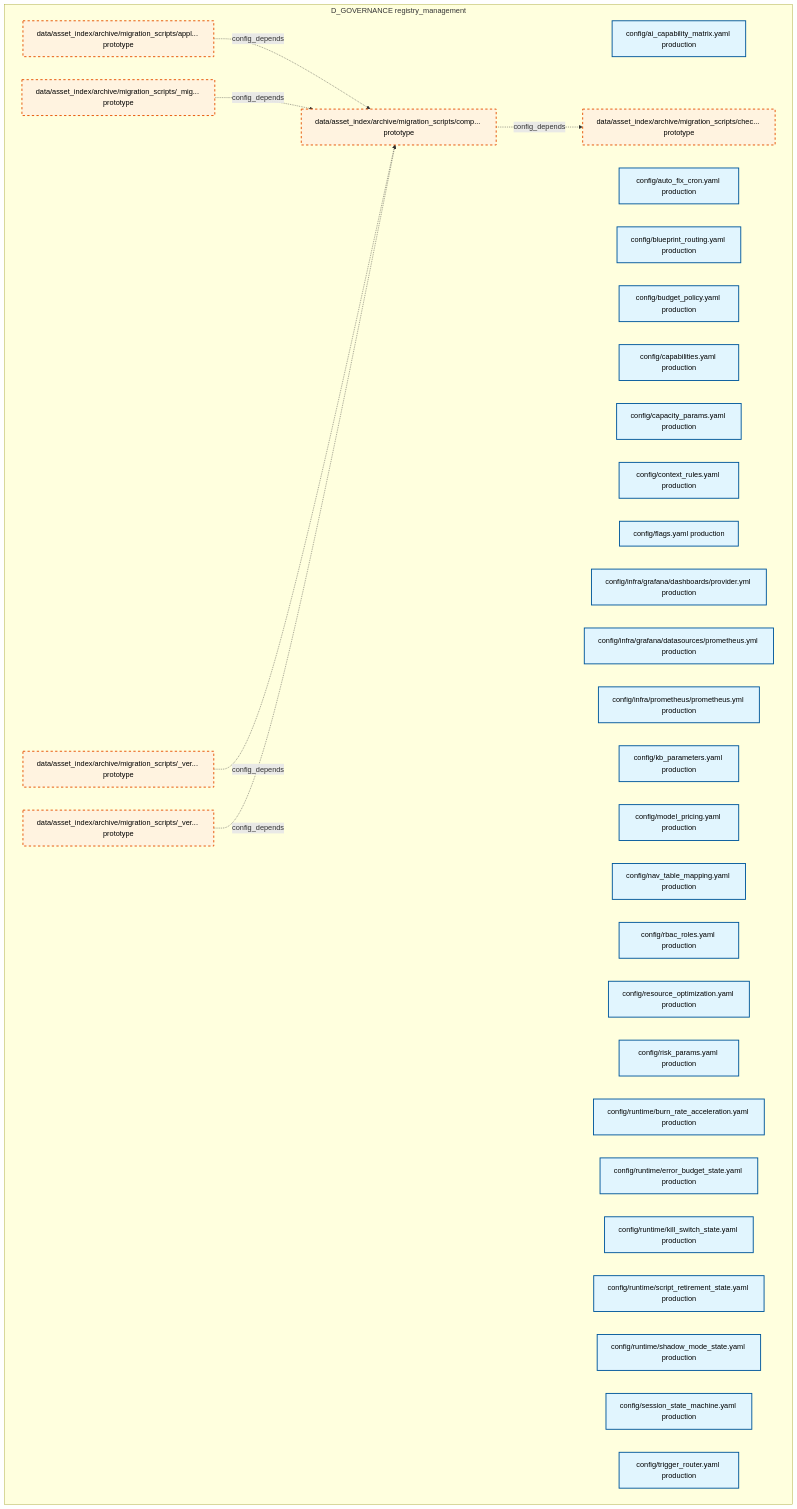
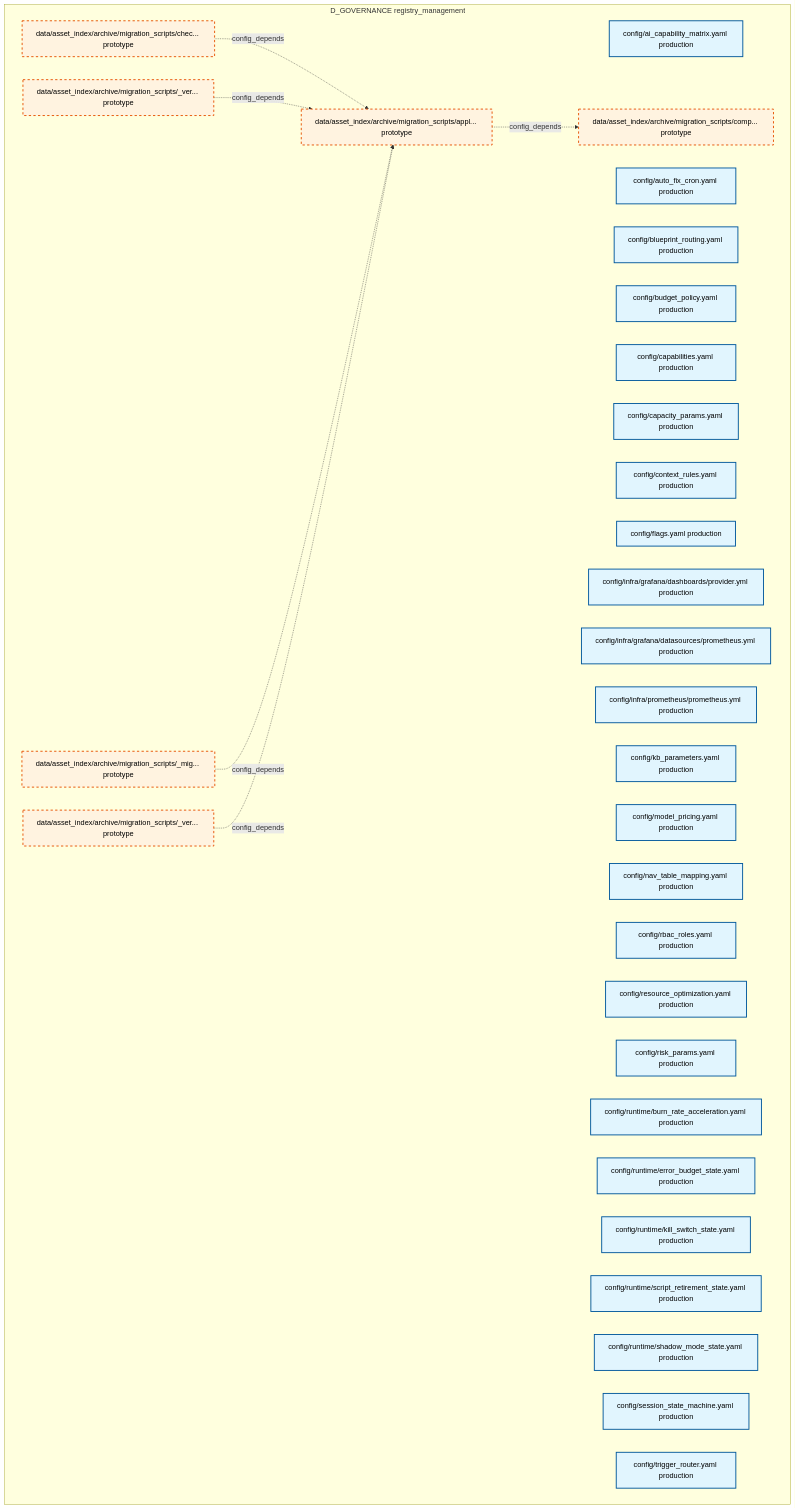
One commit to xuanFelixVan/ZephyrAlpha changed the first of 30 diagrams in docs/02_enterprise_architecture/02_domain_architecture_docs/32_d_governance.md. Above: the diagram before and after it, drawn with Mermaid. The commit also changed other lines of this file and 97 other files, not shown here.

````diff
--- a/docs/02_enterprise_architecture/02_domain_architecture_docs/32_d_governance.md
+++ b/docs/02_enterprise_architecture/02_domain_architecture_docs/32_d_governance.md
@@ -49,46 +49,46 @@
 ```mermaid
 graph TD
     subgraph D_GOVERNANCE["D_GOVERNANCE registry_management"]
         config_ai_capability_matrix_yaml["config/ai_capability_matrix.yaml production"]
         config_auto_fix_cron_yaml["config/auto_fix_cron.yaml production"]
         config_blueprint_routing_yaml["config/blueprint_routing.yaml production"]
         config_budget_policy_yaml["config/budget_policy.yaml production"]
         config_capabilities_yaml["config/capabilities.yaml production"]
         config_capacity_params_yaml["config/capacity_params.yaml production"]
         config_context_rules_yaml["config/context_rules.yaml production"]
         config_flags_yaml["config/flags.yaml production"]
         config_infra_grafana_dashboards_provider_yml["config/infra/grafana/dashboards/provider.yml production"]
         config_infra_grafana_datasources_prometheus_yml["config/infra/grafana/datasources/prometheus.yml production"]
         config_infra_prometheus_prometheus_yml["config/infra/prometheus/prometheus.yml production"]
         config_kb_parameters_yaml["config/kb_parameters.yaml production"]
         config_model_pricing_yaml["config/model_pricing.yaml production"]
         config_nav_table_mapping_yaml["config/nav_table_mapping.yaml production"]
         config_rbac_roles_yaml["config/rbac_roles.yaml production"]
         config_resource_optimization_yaml["config/resource_optimization.yaml production"]
         config_risk_params_yaml["config/risk_params.yaml production"]
         config_runtime_burn_rate_acceleration_yaml["config/runtime/burn_rate_acceleration.yaml production"]
         config_runtime_error_budget_state_yaml["config/runtime/error_budget_state.yaml production"]
         config_runtime_kill_switch_state_yaml["config/runtime/kill_switch_state.yaml production"]
         config_runtime_script_retirement_state_yaml["config/runtime/script_retirement_state.yaml production"]
         config_runtime_shadow_mode_state_yaml["config/runtime/shadow_mode_state.yaml production"]
         config_session_state_machine_yaml["config/session_state_machine.yaml production"]
         config_trigger_router_yaml["config/trigger_router.yaml production"]
         data_asset_index_archive_migration_scripts_migration_shared_py["data/asset_index/archive/migration_scripts/_mig... prototype"]
         data_asset_index_archive_migration_scripts_verify_manifest_py["data/asset_index/archive/migration_scripts/_ver... prototype"]
         data_asset_index_archive_migration_scripts_verify_step4_py["data/asset_index/archive/migration_scripts/_ver... prototype"]
         data_asset_index_archive_migration_scripts_apply_rulings_py["data/asset_index/archive/migration_scripts/appl... prototype"]
         data_asset_index_archive_migration_scripts_check_coverage_py["data/asset_index/archive/migration_scripts/chec... prototype"]
         data_asset_index_archive_migration_scripts_comprehensive_import_fix_py["data/asset_index/archive/migration_scripts/comp... prototype"]
     end
-    data_asset_index_archive_migration_scripts_comprehensive_import_fix_py -.->|config_depends| data_asset_index_archive_migration_scripts_check_coverage_py
     data_asset_index_archive_migration_scripts_apply_rulings_py -.->|config_depends| data_asset_index_archive_migration_scripts_comprehensive_import_fix_py
-    data_asset_index_archive_migration_scripts_migration_shared_py -.->|config_depends| data_asset_index_archive_migration_scripts_comprehensive_import_fix_py
-    data_asset_index_archive_migration_scripts_verify_manifest_py -.->|config_depends| data_asset_index_archive_migration_scripts_comprehensive_import_fix_py
-    data_asset_index_archive_migration_scripts_verify_step4_py -.->|config_depends| data_asset_index_archive_migration_scripts_comprehensive_import_fix_py
+    data_asset_index_archive_migration_scripts_check_coverage_py -.->|config_depends| data_asset_index_archive_migration_scripts_apply_rulings_py
+    data_asset_index_archive_migration_scripts_verify_manifest_py -.->|config_depends| data_asset_index_archive_migration_scripts_apply_rulings_py
+    data_asset_index_archive_migration_scripts_migration_shared_py -.->|config_depends| data_asset_index_archive_migration_scripts_apply_rulings_py
+    data_asset_index_archive_migration_scripts_verify_step4_py -.->|config_depends| data_asset_index_archive_migration_scripts_apply_rulings_py
     classDef production fill:#e1f5fe,stroke:#01579b,stroke-width:2px,color:#000
     classDef design fill:#fff3e0,stroke:#e65100,stroke-width:2px,color:#000,stroke-dasharray: 5 5
     classDef external_prod fill:#e8f5e9,stroke:#1b5e20,stroke-width:1px,color:#000
     classDef external_design fill:#fce4ec,stroke:#880e4f,stroke-width:1px,color:#000,stroke-dasharray: 5 5
     class config_ai_capability_matrix_yaml,config_auto_fix_cron_yaml,config_blueprint_routing_yaml,config_budget_policy_yaml,config_capabilities_yaml,config_capacity_params_yaml,config_context_rules_yaml,config_flags_yaml,config_infra_grafana_dashboards_provider_yml,config_infra_grafana_datasources_prometheus_yml,config_infra_prometheus_prometheus_yml,config_kb_parameters_yaml,config_model_pricing_yaml,config_nav_table_mapping_yaml,config_rbac_roles_yaml,config_resource_optimization_yaml,config_risk_params_yaml,config_runtime_burn_rate_acceleration_yaml,config_runtime_error_budget_state_yaml,config_runtime_kill_switch_state_yaml,config_runtime_script_retirement_state_yaml,config_runtime_shadow_mode_state_yaml,config_session_state_machine_yaml,config_trigger_router_yaml production
     class data_asset_index_archive_migration_scripts_migration_shared_py,data_asset_index_archive_migration_scripts_verify_manifest_py,data_asset_index_archive_migration_scripts_verify_step4_py,data_asset_index_archive_migration_scripts_apply_rulings_py,data_asset_index_archive_migration_scripts_check_coverage_py,data_asset_index_archive_migration_scripts_comprehensive_import_fix_py design
 ```
````
